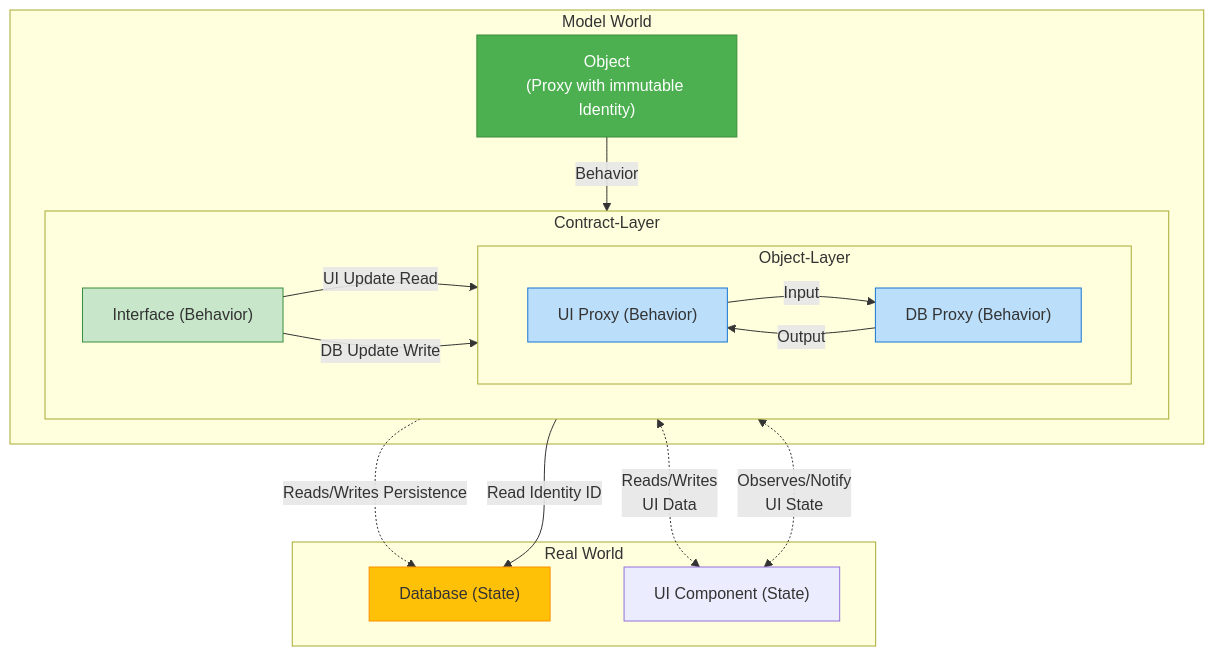
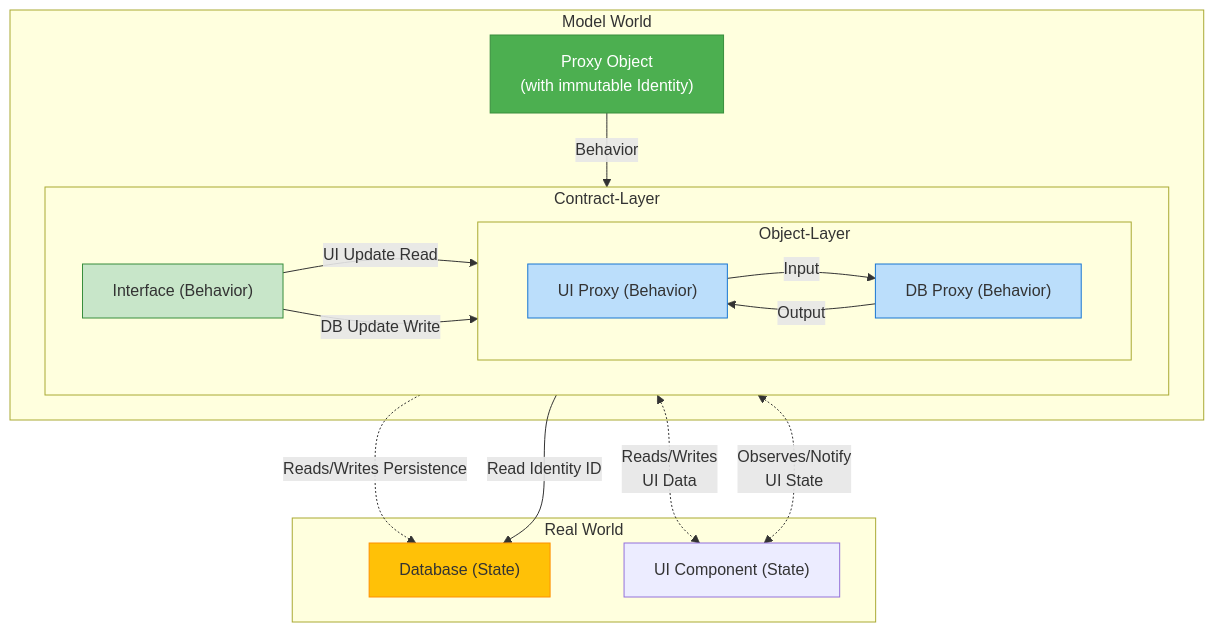
The diagram in blog/003_oop_immutable_object.md (andreas-wagner-dev/object-oriented-learning-journey), drawn with Mermaid before and after one commit. The commit also changed other lines of this file, not shown here.

````diff
--- a/blog/003_oop_immutable_object.md
+++ b/blog/003_oop_immutable_object.md
@@ -8,58 +12,58 @@
 ```mermaid
 %% Diagram 3: Simplified Flow of Data Animation and Behavior Delegation
 graph TB
     %% 1. Immutable Domain Object 
     subgraph Model World
 
-        A["Object<br/>(Proxy with immutable Identity)"]
+        A["Proxy Object<br/>(with immutable Identity)"]
         style A fill:#4CAF50,stroke:#388E3C,color:#fff
 
         %% 2. The Contract and Behavior Delegation
         subgraph Contract-Layer
         direction LR
             B["Interface (Behavior)"]
             style B fill:#C8E6C9,stroke:#388E3C
         
             %% 3. Technical Object Layers<br/>(Real World Interface)
             subgraph Object-Layer
              direction LR
                 C["UI Proxy (Behavior)"]
                 D["DB Proxy (Behavior)"]
 
                 style C fill:#BBDEFB,stroke:#1976D2
                 style D fill:#BBDEFB,stroke:#1976D2
             
                 %% Internal interface communication.
             
    
 
             end
 
         end
 
     end
 
     %% 4. The Real Mutable Data Storage
     subgraph Real World
         F["Database (State)"]
         style F fill:#FFC107,stroke:#FF8F00
 
         C <-.->|Reads/Writes<br/>UI Data| E["UI Component (State)"]
         C <-.->|Observes/Notify<br/>UI State| E
         D -.->|Reads/Writes Persistence| F
     end
     
     %% The Immutable Object holds the key and delegates all work to the interface.
 
 
     A -- Behavior --> B
     D -- Read Identity ID --> F
 
     %% The Interface is implemented by the technical components.
 
     B -- UI Update Read --> C
     B -- DB Update Write --> D
 
    C -- Input --> D
    D -- Output --> C
 ```
````
